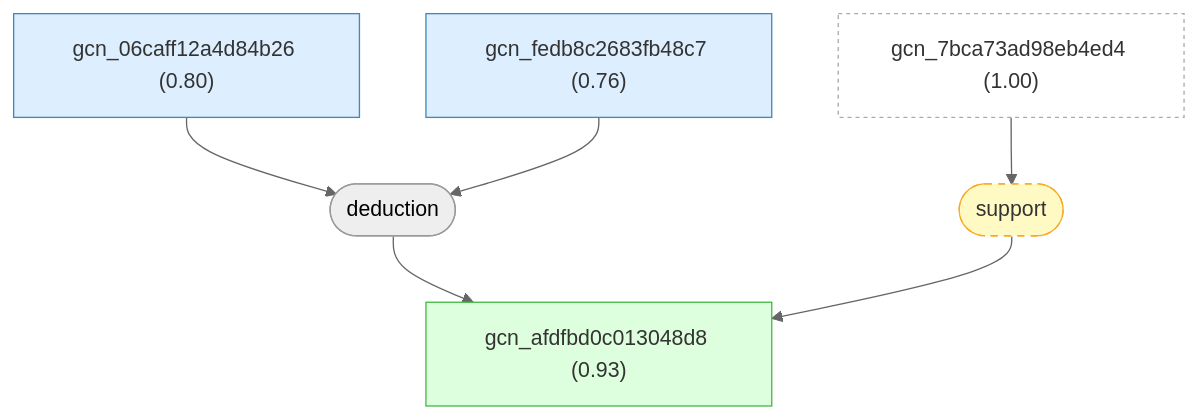
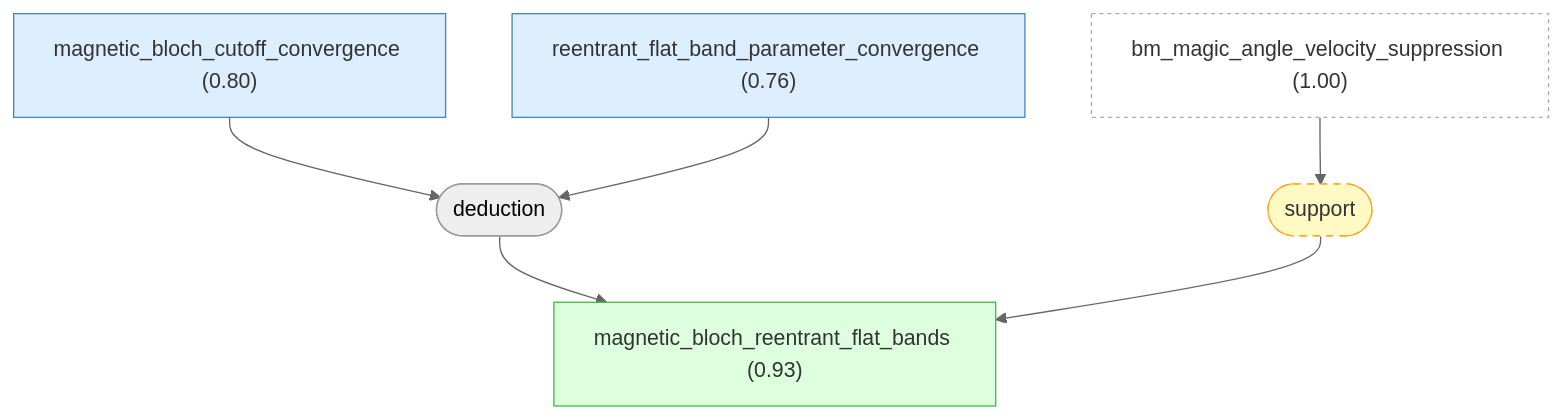
The ninth of 10 diagrams in docs/detailed-reasoning.md (Callo42/tbg-magic-angle-gaia), drawn with Mermaid (neutral theme) before and after one commit. The commit also changed other lines of this file and 33 other files, not shown here.

````diff
--- a/docs/detailed-reasoning.md
+++ b/docs/detailed-reasoning.md
@@ -746,24 +744,24 @@
 ```mermaid
 graph TD
-    gcn_7bca73ad98eb4ed4["gcn_7bca73ad98eb4ed4 (1.00)"]:::external
-    gcn_06caff12a4d84b26["gcn_06caff12a4d84b26 (0.80)"]:::premise
-    gcn_fedb8c2683fb48c7["gcn_fedb8c2683fb48c7 (0.76)"]:::premise
-    gcn_afdfbd0c013048d8["gcn_afdfbd0c013048d8 (0.93)"]:::derived
+    bm_magic_angle_velocity_suppression["bm_magic_angle_velocity_suppression (1.00)"]:::external
+    magnetic_bloch_cutoff_convergence["magnetic_bloch_cutoff_convergence (0.80)"]:::premise
+    reentrant_flat_band_parameter_convergence["reentrant_flat_band_parameter_convergence (0.76)"]:::premise
+    magnetic_bloch_reentrant_flat_bands["magnetic_bloch_reentrant_flat_bands (0.93)"]:::derived
     strat_8(["deduction"])
-    gcn_06caff12a4d84b26 --> strat_8
-    gcn_fedb8c2683fb48c7 --> strat_8
-    strat_8 --> gcn_afdfbd0c013048d8
+    magnetic_bloch_cutoff_convergence --> strat_8
+    reentrant_flat_band_parameter_convergence --> strat_8
+    strat_8 --> magnetic_bloch_reentrant_flat_bands
     strat_17(["support"]):::weak
-    gcn_7bca73ad98eb4ed4 --> strat_17
-    strat_17 --> gcn_afdfbd0c013048d8
+    bm_magic_angle_velocity_suppression --> strat_17
+    strat_17 --> magnetic_bloch_reentrant_flat_bands
 
     classDef setting fill:#f0f0f0,stroke:#999,color:#333
     classDef premise fill:#ddeeff,stroke:#4488bb,color:#333
     classDef derived fill:#ddffdd,stroke:#44bb44,color:#333
     classDef question fill:#fff3dd,stroke:#cc9944,color:#333
     classDef background fill:#f5f5f5,stroke:#bbb,stroke-dasharray: 5 5,color:#333
     classDef orphan fill:#fff,stroke:#ccc,stroke-dasharray: 5 5,color:#333
     classDef external fill:#fff,stroke:#aaa,stroke-dasharray: 3 3,color:#333
     classDef weak fill:#fff9c4,stroke:#f9a825,stroke-dasharray: 5 5,color:#333
     classDef contra fill:#ffebee,stroke:#c62828,color:#333
 ```
````
